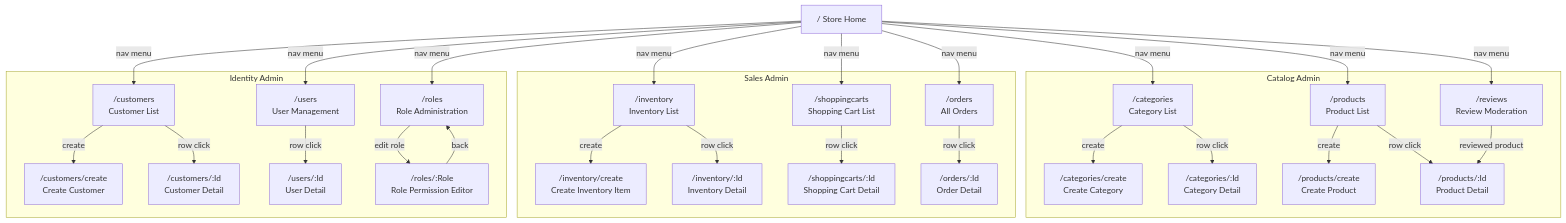
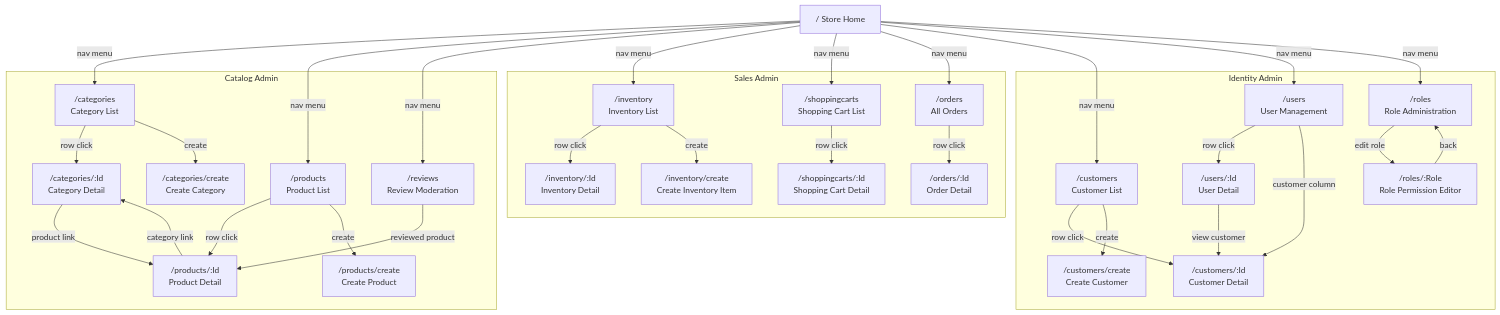
Before and after one commit to ivanball/ivanball.github.io: the third of 3 diagrams in docs-src/guides/store-NavigationFlow.md, drawn with Mermaid. The commit also changed other lines of this file and 9 other files, not shown here.

````diff
--- a/docs-src/guides/store-NavigationFlow.md
+++ b/docs-src/guides/store-NavigationFlow.md
@@ -168,59 +172,63 @@
 ```mermaid
 flowchart TD
     subgraph CatalogAdmin["Catalog Admin"]
         Categories["/categories<br/>Category List"]
         CategoryCreate["/categories/create<br/>Create Category"]
         CategoryDetail["/categories/:Id<br/>Category Detail"]
         Products["/products<br/>Product List"]
         ProductCreate["/products/create<br/>Create Product"]
         ProductDetailAdm["/products/:Id<br/>Product Detail"]
         ReviewsAdm["/reviews<br/>Review Moderation"]
     end
 
     subgraph SalesAdmin["Sales Admin"]
         Inventory["/inventory<br/>Inventory List"]
         InventoryCreate["/inventory/create<br/>Create Inventory Item"]
         InventoryDetail["/inventory/:Id<br/>Inventory Detail"]
         Carts["/shoppingcarts<br/>Shopping Cart List"]
         CartDetail["/shoppingcarts/:Id<br/>Shopping Cart Detail"]
         OrdersAll["/orders<br/>All Orders"]
         OrderDetailAdm["/orders/:Id<br/>Order Detail"]
     end
 
     subgraph IdentityAdmin["Identity Admin"]
         Customers["/customers<br/>Customer List"]
         CustomerCreate["/customers/create<br/>Create Customer"]
         CustomerDetail["/customers/:Id<br/>Customer Detail"]
         Users["/users<br/>User Management"]
         UserDetail["/users/:Id<br/>User Detail"]
         Roles["/roles<br/>Role Administration"]
         RoleEdit["/roles/:Role<br/>Role Permission Editor"]
     end
 
     Home["/  Store Home"]
 
     Home -->|nav menu| Categories
     Home -->|nav menu| Products
     Home -->|nav menu| ReviewsAdm
     Home -->|nav menu| Inventory
     Home -->|nav menu| Carts
     Home -->|nav menu| OrdersAll
     Home -->|nav menu| Customers
     Home -->|nav menu| Users
     Home -->|nav menu| Roles
 
     Categories -->|row click| CategoryDetail
     Categories -->|create| CategoryCreate
     Products -->|row click| ProductDetailAdm
     Products -->|create| ProductCreate
     Inventory -->|row click| InventoryDetail
     Inventory -->|create| InventoryCreate
     Carts -->|row click| CartDetail
     OrdersAll -->|row click| OrderDetailAdm
     Customers -->|row click| CustomerDetail
     Customers -->|create| CustomerCreate
     ReviewsAdm -->|reviewed product| ProductDetailAdm
+    ProductDetailAdm -->|category link| CategoryDetail
+    CategoryDetail -->|product link| ProductDetailAdm
     Users -->|row click| UserDetail
+    Users -->|customer column| CustomerDetail
+    UserDetail -->|view customer| CustomerDetail
     Roles -->|edit role| RoleEdit
     RoleEdit -->|back| Roles
 ```
````
